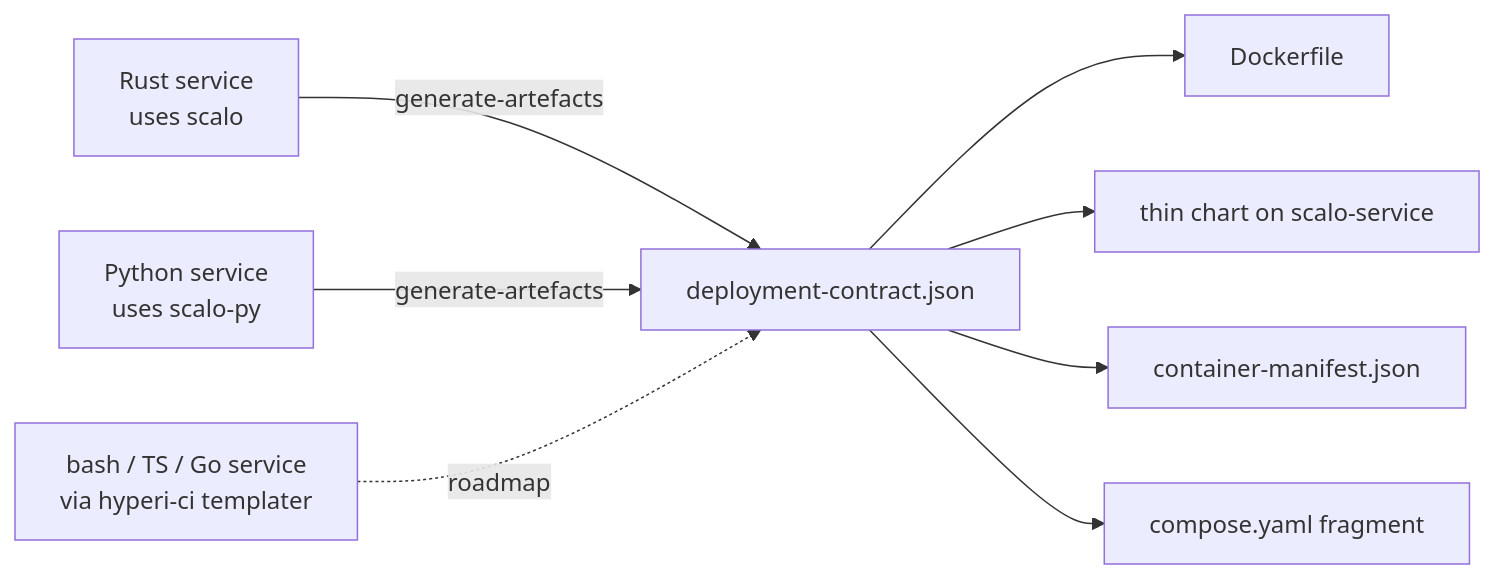
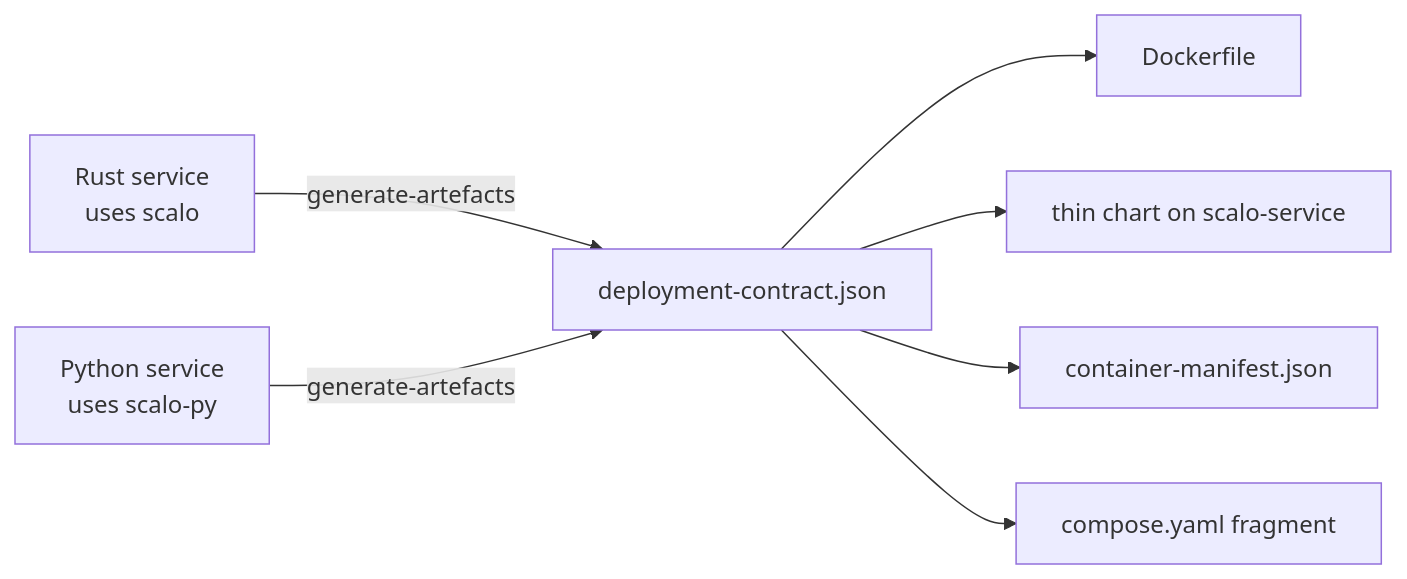
Before and after one commit to hyperi-io/scalo-rs: the diagram in docs/deployment/contract.md, drawn with Mermaid. The commit also changed other lines of this file and 56 other files, not shown here.

````diff
--- a/docs/deployment/contract.md
+++ b/docs/deployment/contract.md
@@ -73,10 +73,9 @@
 ```mermaid
 flowchart LR
     R[Rust service<br/>uses scalo] -->|generate-artefacts| C[deployment-contract.json]
     P[Python service<br/>uses scalo-py] -->|generate-artefacts| C
-    O[bash / TS / Go service<br/>via hyperi-ci templater] -.roadmap.-> C
     C --> D[Dockerfile]
     C --> H[thin chart on scalo-service]
     C --> CM[container-manifest.json]
     C --> CS[compose.yaml fragment]
 ```
````
